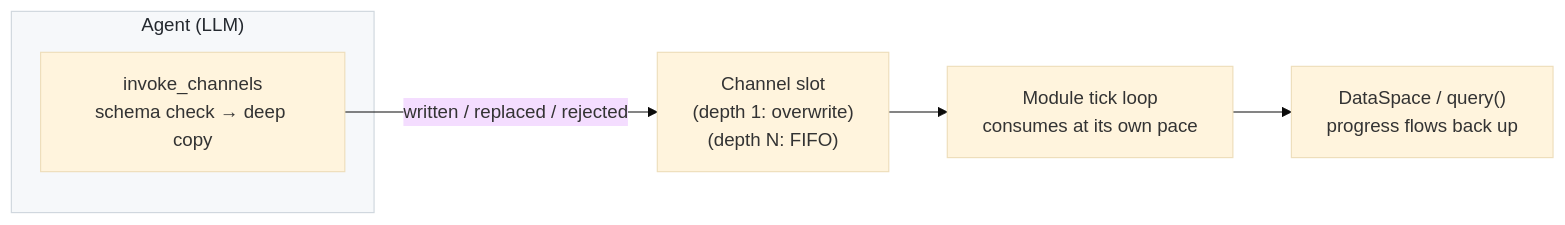
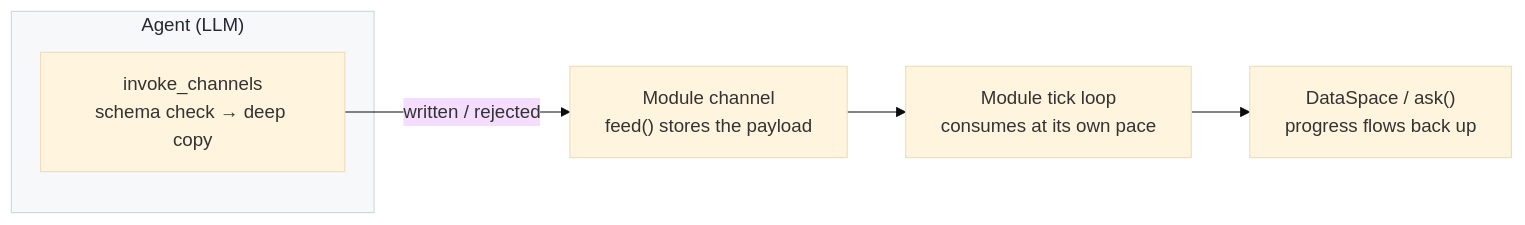
Before and after one commit to DarkSpaceY/NAN-itself: the third of 4 diagrams in README.md, drawn with Mermaid (base theme). The commit also changed other lines of this file and 31 other files, not shown here.

````diff
--- a/README.md
+++ b/README.md
@@ -91,11 +93,11 @@
 ```mermaid
 flowchart LR
     subgraph agent["Agent (LLM)"]
         V["invoke_channels<br/>schema check → deep copy"]
     end
-    V -->|"written / replaced / rejected"| S["Channel slot<br/>(depth 1: overwrite)<br/>(depth N: FIFO)"]
+    V -->|"written / rejected"| S["Module channel<br/>feed() stores the payload"]
     S --> C2["Module tick loop<br/>consumes at its own pace"]
-    C2 --> Q["DataSpace / query()<br/>progress flows back up"]
+    C2 --> Q["DataSpace / ask()<br/>progress flows back up"]
 
     style agent fill:#f6f8fa,stroke:#d0d7de,color:#24292f
 ```
````
